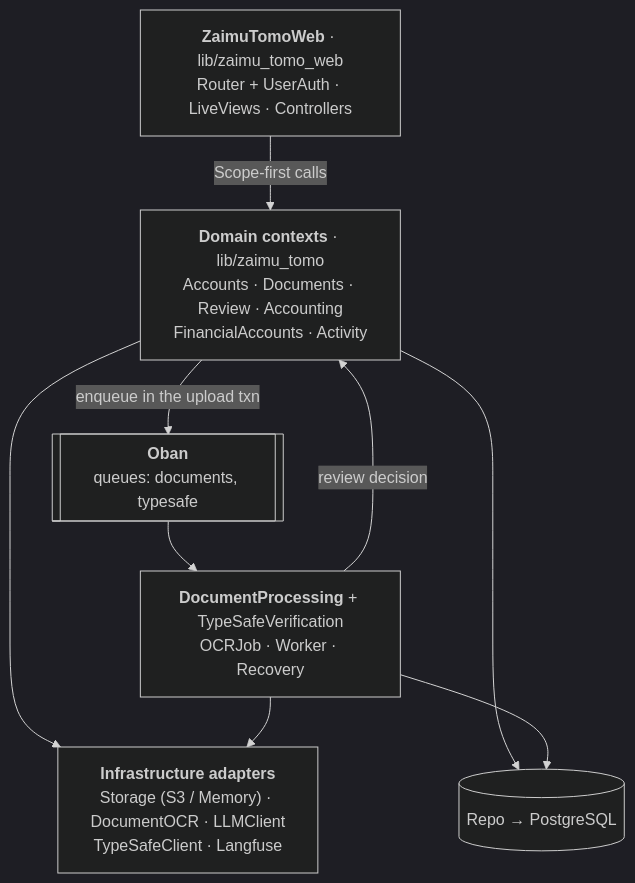
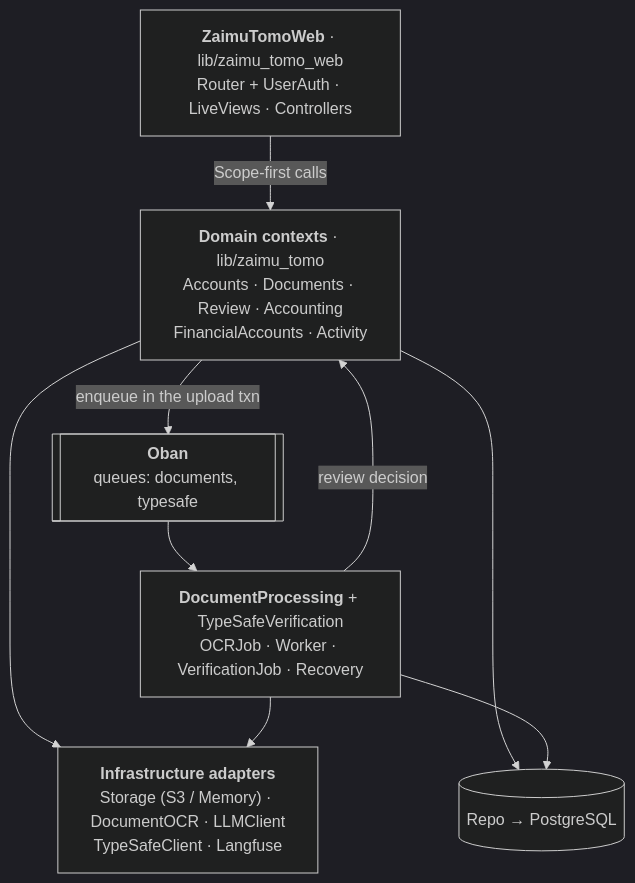
One commit to acramatte/zaimu-tomo changed the second of 13 diagrams in docs/architecture.md. Above: the diagram before and after it, drawn with Mermaid (dark theme). The commit also changed other lines of this file and 24 other files, not shown here.

````diff
--- a/docs/architecture.md
+++ b/docs/architecture.md
@@ -122,18 +122,18 @@
 ```mermaid
 flowchart TB
     web["<b>ZaimuTomoWeb</b> · lib/zaimu_tomo_web<br/>Router + UserAuth · LiveViews · Controllers"]
     core["<b>Domain contexts</b> · lib/zaimu_tomo<br/>Accounts · Documents · Review · Accounting<br/>FinancialAccounts · Activity"]
     oban[["<b>Oban</b><br/>queues: documents, typesafe"]]
-    proc["<b>DocumentProcessing</b> + TypeSafeVerification<br/>OCRJob · Worker · Recovery"]
+    proc["<b>DocumentProcessing</b> + TypeSafeVerification<br/>OCRJob · Worker · VerificationJob · Recovery"]
     adapters["<b>Infrastructure adapters</b><br/>Storage (S3 / Memory) · DocumentOCR · LLMClient<br/>TypeSafeClient · Langfuse"]
     repo[("Repo → PostgreSQL")]
 
     web -->|"Scope-first calls"| core
     core -->|"enqueue in the upload txn"| oban
     oban --> proc
     proc -->|"review decision"| core
     core --> adapters
     proc --> adapters
     core --> repo
     proc --> repo
 ```
````
